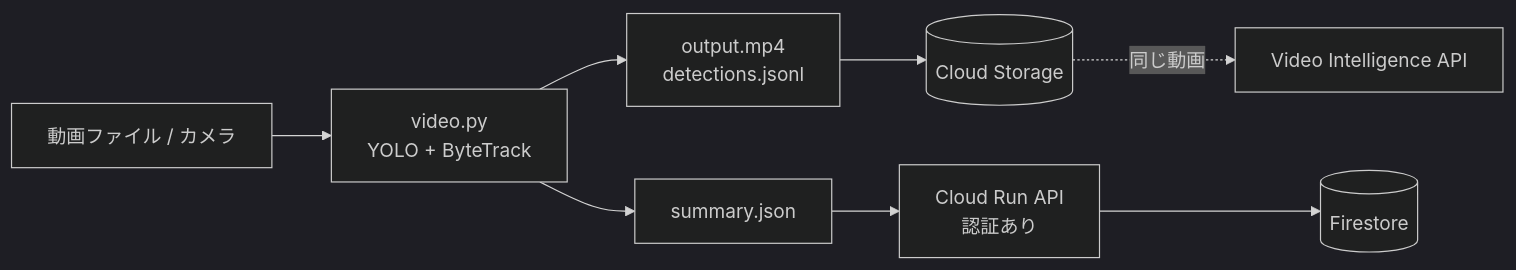
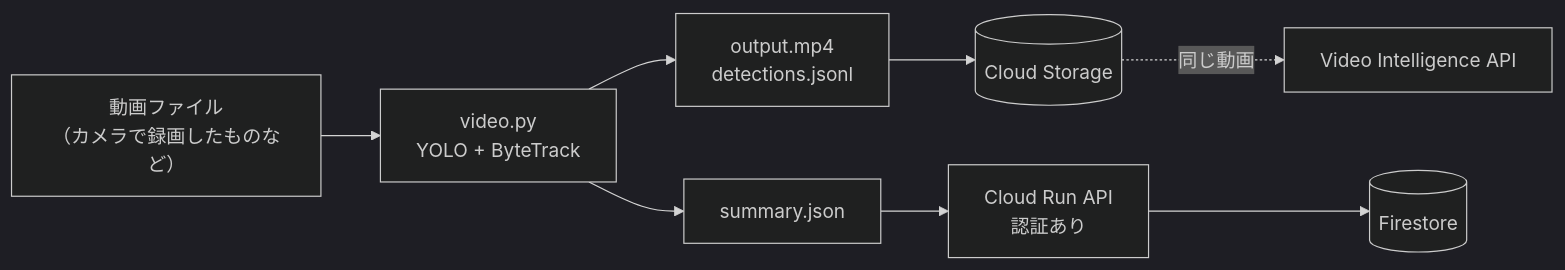
Before and after one commit to kazakamibeer/docusaurus-for-docs: the diagram in docs/docs/image-recognition/image-video-recognition-google-cloud-handson.md, drawn with Mermaid (dark theme). The commit also changed other lines of this file and 1 other file, not shown here.

````diff
--- a/docs/docs/image-recognition/image-video-recognition-google-cloud-handson.md
+++ b/docs/docs/image-recognition/image-video-recognition-google-cloud-handson.md
@@ -24,10 +29,10 @@
 ```mermaid
 flowchart LR
-  A[動画ファイル / カメラ] --> B["video.py<br>YOLO + ByteTrack"]
+  A["動画ファイル<br>（カメラで録画したものなど）"] --> B["video.py<br>YOLO + ByteTrack"]
   B --> C["output.mp4<br>detections.jsonl"]
   C --> GCS[(Cloud Storage)]
   B --> D[summary.json]
   D --> API["Cloud Run API<br>認証あり"]
   API --> FS[(Firestore)]
   GCS -. 同じ動画 .-> VI[Video Intelligence API]
 ```
````
